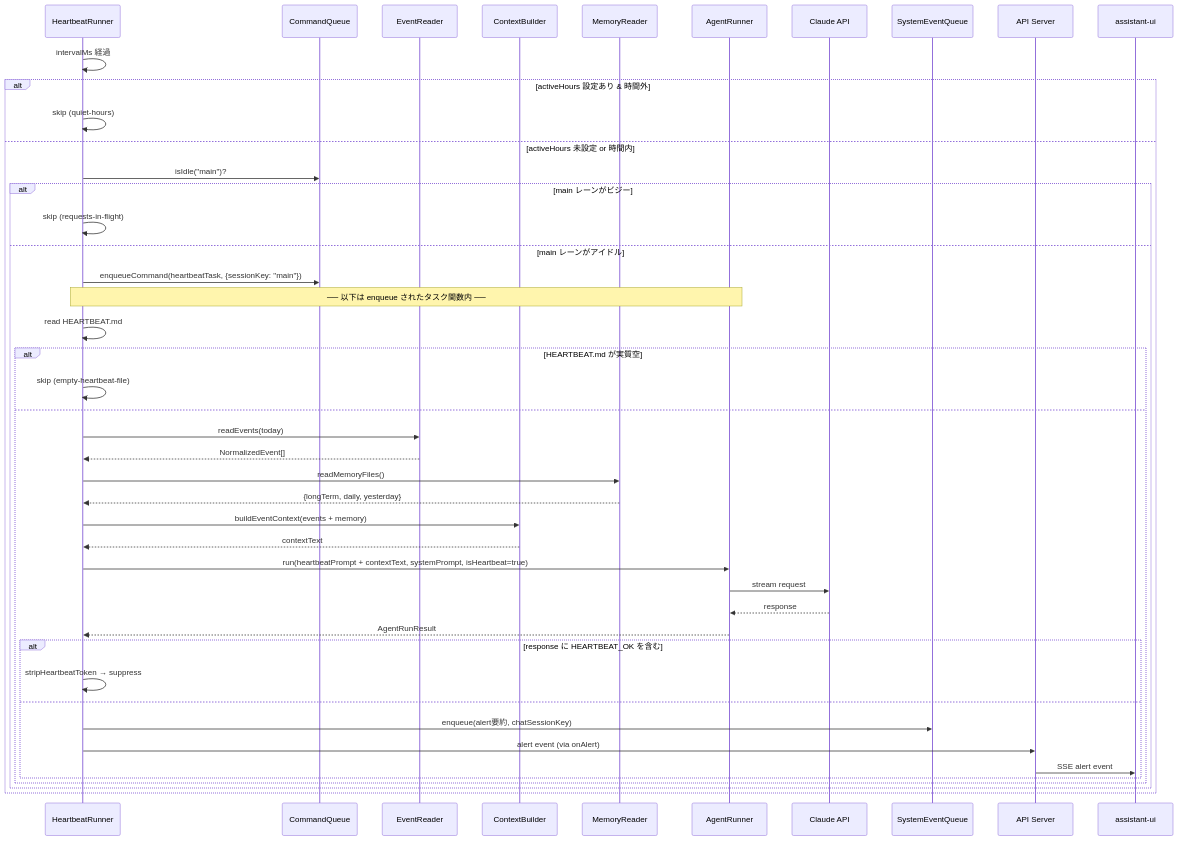
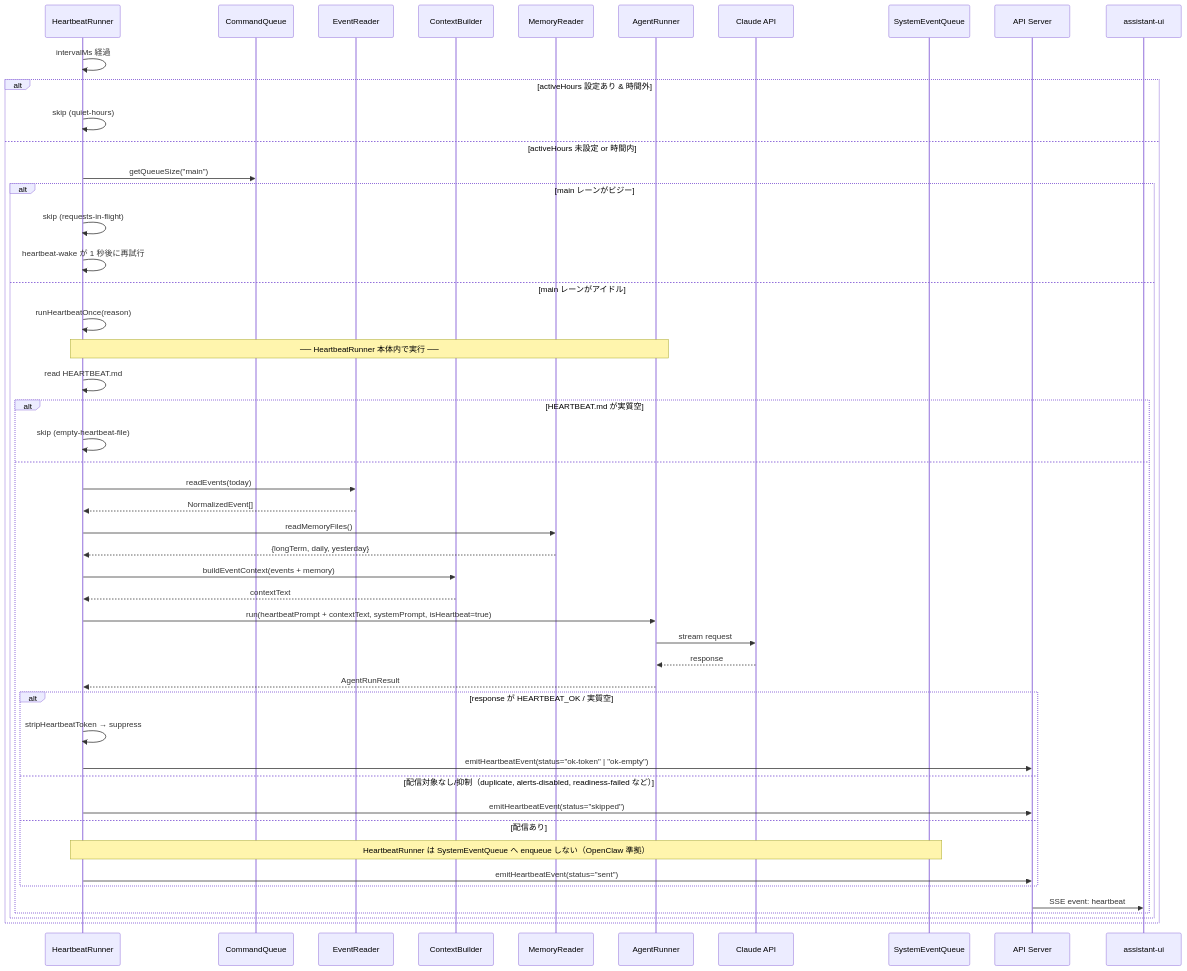
One commit to masahide/adjutant changed the second of 5 diagrams in doc/plan/260214-s01-ai-assistant-mvp.md. Above: the diagram before and after it, drawn with Mermaid. The commit also changed other lines of this file, not shown here.

````diff
--- a/doc/plan/260214-s01-ai-assistant-mvp.md
+++ b/doc/plan/260214-s01-ai-assistant-mvp.md
@@ -1004,54 +989,58 @@
 ```mermaid
 sequenceDiagram
     participant Timer as HeartbeatRunner
     participant CQ as CommandQueue
     participant ER as EventReader
     participant CB as ContextBuilder
     participant MR as MemoryReader
     participant AR as AgentRunner
     participant LLM as Claude API
     participant SEQ as SystemEventQueue
     participant API as API Server
     participant UI as assistant-ui
 
     Timer->>Timer: intervalMs 経過
 
     alt activeHours 設定あり & 時間外
         Timer->>Timer: skip (quiet-hours)
     else activeHours 未設定 or 時間内
-        Timer->>CQ: isIdle("main")?
+        Timer->>CQ: getQueueSize("main")
 
     alt main レーンがビジー
         Timer->>Timer: skip (requests-in-flight)
+        Timer->>Timer: heartbeat-wake が 1 秒後に再試行
     else main レーンがアイドル
-        Timer->>CQ: enqueueCommand(heartbeatTask, {sessionKey: "main"})
+        Timer->>Timer: runHeartbeatOnce(reason)
 
-        Note over Timer,AR: ── 以下は enqueue されたタスク関数内 ──
+        Note over Timer,AR: ── HeartbeatRunner 本体内で実行 ──
 
         Timer->>Timer: read HEARTBEAT.md
         alt HEARTBEAT.md が実質空
             Timer->>Timer: skip (empty-heartbeat-file)
         else
             Timer->>ER: readEvents(today)
             ER-->>Timer: NormalizedEvent[]
             Timer->>MR: readMemoryFiles()
             MR-->>Timer: {longTerm, daily, yesterday}
             Timer->>CB: buildEventContext(events + memory)
             CB-->>Timer: contextText
 
             Timer->>AR: run(heartbeatPrompt + contextText, systemPrompt, isHeartbeat=true)
             AR->>LLM: stream request
             LLM-->>AR: response
             AR-->>Timer: AgentRunResult
 
-            alt response に HEARTBEAT_OK を含む
+            alt response が HEARTBEAT_OK / 実質空
                 Timer->>Timer: stripHeartbeatToken → suppress
-            else
-                Timer->>SEQ: enqueue(alert要約, chatSessionKey)
-                Timer->>API: alert event (via onAlert)
-                API->>UI: SSE alert event
+                Timer->>API: emitHeartbeatEvent(status="ok-token" | "ok-empty")
+            else 配信対象なし/抑制（duplicate, alerts-disabled, readiness-failed など）
+                Timer->>API: emitHeartbeatEvent(status="skipped")
+            else 配信あり
+                Note over Timer,SEQ: HeartbeatRunner は SystemEventQueue へ enqueue しない（OpenClaw 準拠）
+                Timer->>API: emitHeartbeatEvent(status="sent")
             end
+            API->>UI: SSE event: heartbeat
         end
     end
     end
 ```
````
